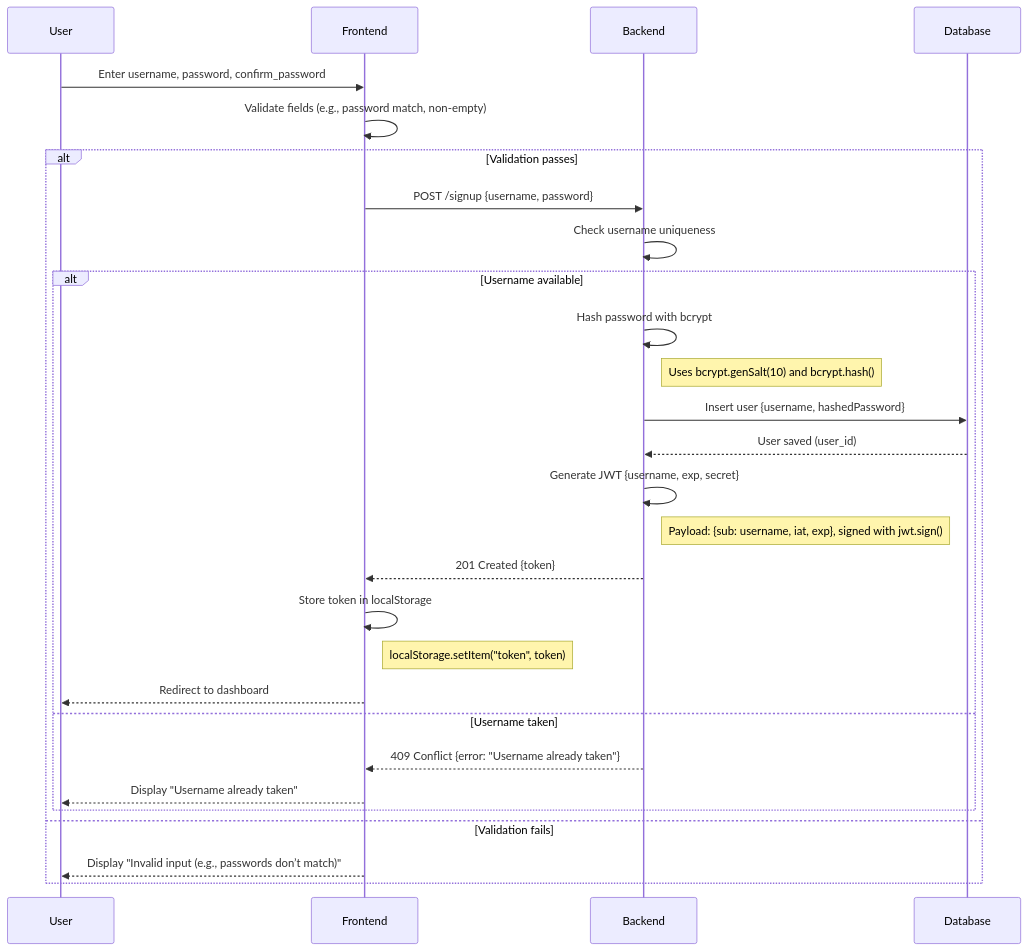
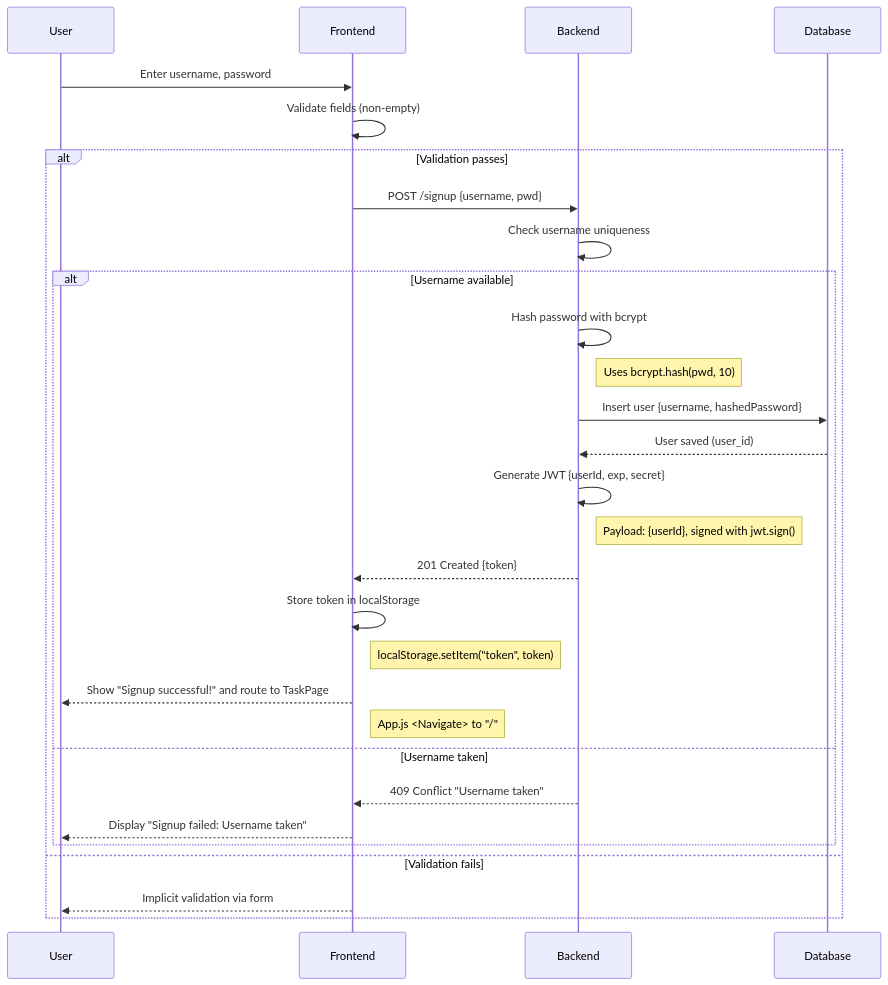
One commit to Lifsaa/TaskAdventure changed the first of 3 diagrams in docs/auth-flows.md. Above: the diagram before and after it, drawn with Mermaid. The commit also changed other lines of this file, not shown here.

First line of the commit message:
Update auth-flows.md

````diff
--- a/docs/auth-flows.md
+++ b/docs/auth-flows.md
@@ -4,30 +4,31 @@
 ```mermaid
 sequenceDiagram
   participant U as User
   participant F as Frontend
   participant B as Backend
   participant D as Database
-  U->>F: Enter username, password, confirm_password
-  F->>F: Validate fields (e.g., password match, non-empty)
+  U->>F: Enter username, password
+  F->>F: Validate fields (non-empty)
   alt Validation passes
-    F->>B: POST /signup {username, password}
+    F->>B: POST /signup {username, pwd}
     B->>B: Check username uniqueness
     alt Username available
       B->>B: Hash password with bcrypt
-      Note right of B: Uses bcrypt.genSalt(10) and bcrypt.hash()
+      Note right of B: Uses bcrypt.hash(pwd, 10)
       B->>D: Insert user {username, hashedPassword}
       D-->>B: User saved (user_id)
-      B->>B: Generate JWT {username, exp, secret}
-      Note right of B: Payload: {sub: username, iat, exp}, signed with jwt.sign()
+      B->>B: Generate JWT {userId, exp, secret}
+      Note right of B: Payload: {userId}, signed with jwt.sign()
       B-->>F: 201 Created {token}
       F->>F: Store token in localStorage
       Note right of F: localStorage.setItem("token", token)
-      F-->>U: Redirect to dashboard
+      F-->>U: Show "Signup successful!" and route to TaskPage
+      Note right of F: App.js <Navigate> to "/"
     else Username taken
-      B-->>F: 409 Conflict {error: "Username already taken"}
-      F-->>U: Display "Username already taken"
+      B-->>F: 409 Conflict "Username taken"
+      F-->>U: Display "Signup failed: Username taken"
     end
   else Validation fails
-    F-->>U: Display "Invalid input (e.g., passwords don’t match)"
+    F-->>U: Implicit validation via form 
   end
 ```
````
